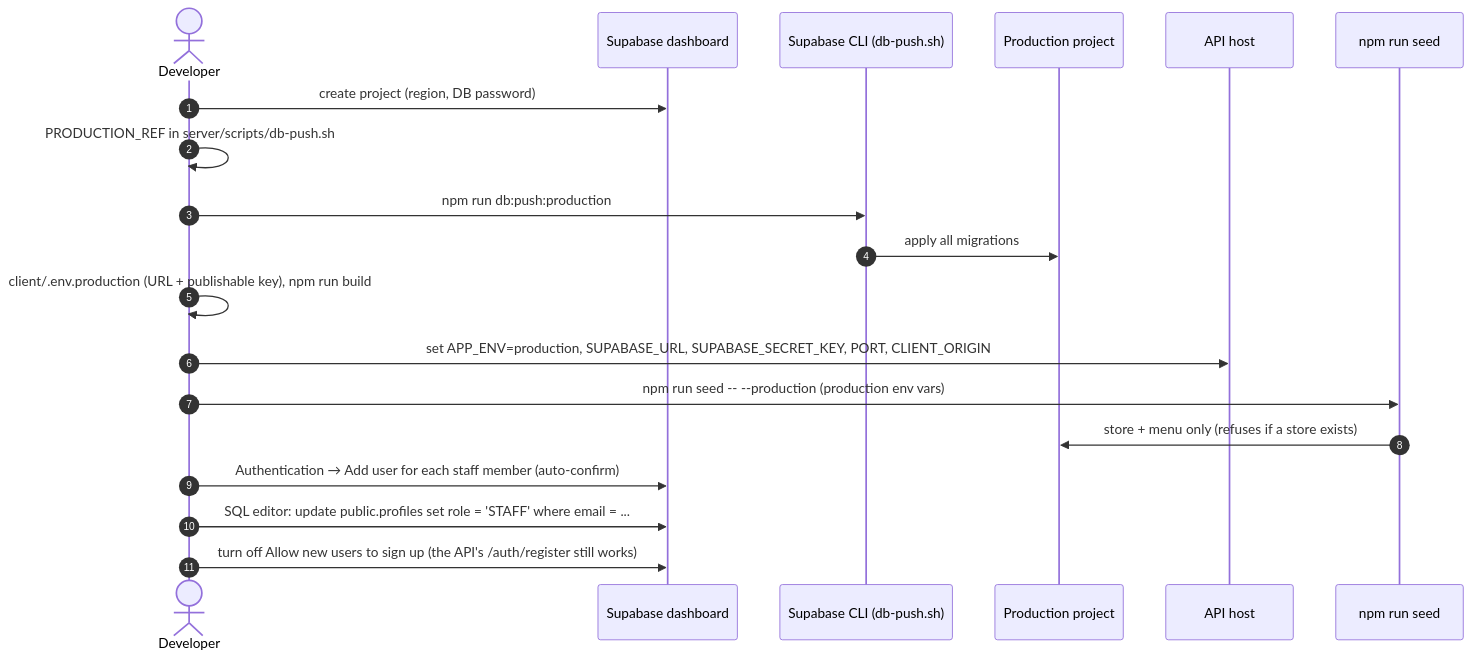
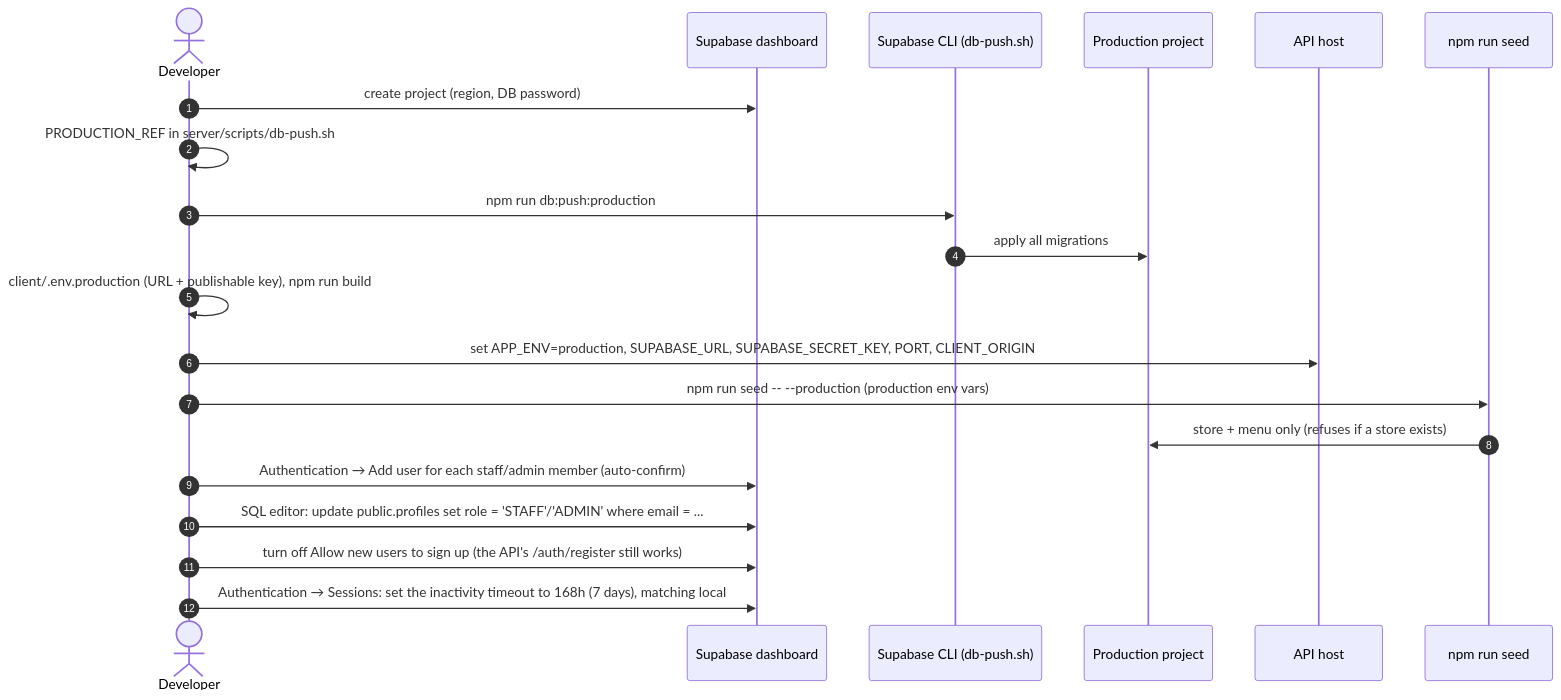
One commit to The-KhaNha/KhaNha changed the fourth of 4 diagrams in docs/DEPLOYMENT.md. Above: the diagram before and after it, drawn with Mermaid. The commit also changed other lines of this file and 69 other files, not shown here.

````diff
--- a/docs/DEPLOYMENT.md
+++ b/docs/DEPLOYMENT.md
@@ -235,22 +245,23 @@
 ```mermaid
 sequenceDiagram
   autonumber
   actor Dev as Developer
   participant Dash as Supabase dashboard
   participant CLI as Supabase CLI (db-push.sh)
   participant Prod as Production project
   participant Host as API host
   participant Seed as npm run seed
 
   Dev->>Dash: create project (region, DB password)
   Dev->>Dev: PRODUCTION_REF in server/scripts/db-push.sh
   Dev->>CLI: npm run db:push:production
   CLI->>Prod: apply all migrations
   Dev->>Dev: client/.env.production (URL + publishable key), npm run build
   Dev->>Host: set APP_ENV=production, SUPABASE_URL, SUPABASE_SECRET_KEY, PORT, CLIENT_ORIGIN
   Dev->>Seed: npm run seed -- --production (production env vars)
   Seed->>Prod: store + menu only (refuses if a store exists)
-  Dev->>Dash: Authentication → Add user for each staff member (auto-confirm)
-  Dev->>Dash: SQL editor: update public.profiles set role = 'STAFF' where email = ...
+  Dev->>Dash: Authentication → Add user for each staff/admin member (auto-confirm)
+  Dev->>Dash: SQL editor: update public.profiles set role = 'STAFF'/'ADMIN' where email = ...
   Dev->>Dash: turn off Allow new users to sign up (the API's /auth/register still works)
+  Dev->>Dash: Authentication → Sessions: set the inactivity timeout to 168h (7 days), matching local
 ```
````
